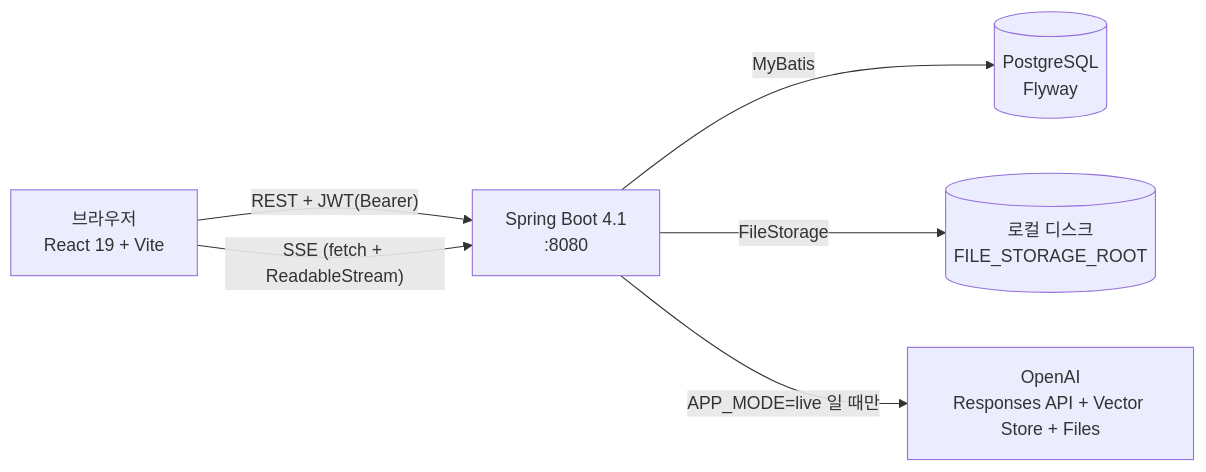
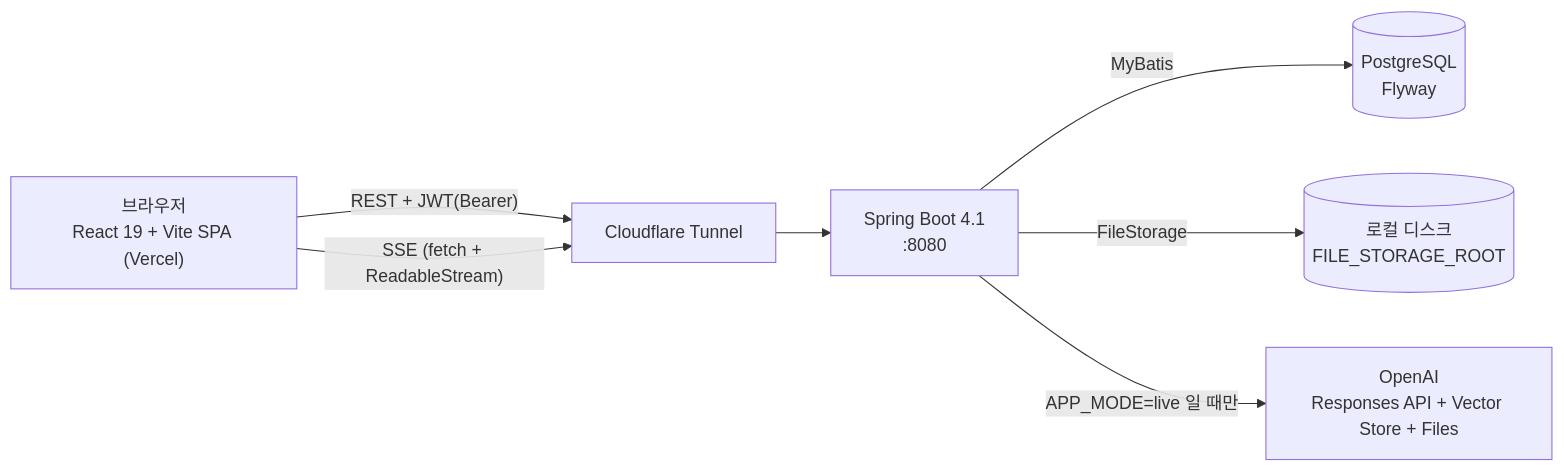
Before and after one commit to changs0124/rag-chatbot: the first of 2 diagrams in docs/02_architecture/overview.md, drawn with Mermaid. The commit also changed other lines of this file and 10 other files, not shown here.

````diff
--- a/docs/02_architecture/overview.md
+++ b/docs/02_architecture/overview.md
@@ -9,14 +9,16 @@
 ```mermaid
 flowchart LR
-  B["브라우저<br/>React 19 + Vite"]
+  B["브라우저<br/>React 19 + Vite SPA (Vercel)"]
+  T["Cloudflare Tunnel"]
   A["Spring Boot 4.1<br/>:8080"]
   D[("PostgreSQL<br/>Flyway")]
   F[("로컬 디스크<br/>FILE_STORAGE_ROOT")]
   O["OpenAI<br/>Responses API + Vector Store + Files"]
 
-  B -- "REST + JWT(Bearer)" --> A
-  B -- "SSE (fetch + ReadableStream)" --> A
+  B -- "REST + JWT(Bearer)" --> T
+  B -- "SSE (fetch + ReadableStream)" --> T
+  T --> A
   A -- MyBatis --> D
   A -- FileStorage --> F
   A -- "APP_MODE=live 일 때만" --> O
 ```
````
